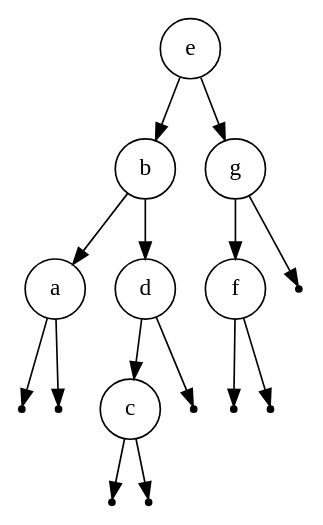
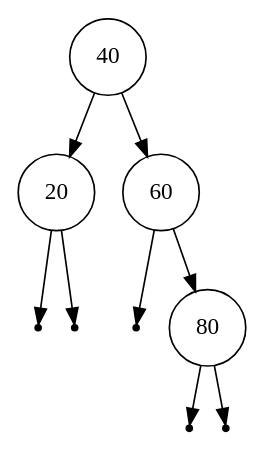
Before and after one commit to SharQawyCS/Optimal-Binary-Search-Tree: the diagram in tree.dot, drawn with Graphviz. The commit also changed 5 other files, not shown here.

```diff
--- a/tree.dot
+++ b/tree.dot
@@ -1,25 +1,16 @@
 digraph OBST {
   node [shape=circle];
-  "e" -> "b";
-  "b" -> "a";
+  "40" -> "20";
   null0 [shape=point];
-  "a" -> null0;
+  "20" -> null0;
   null1 [shape=point];
-  "a" -> null1;
-  "b" -> "d";
-  "d" -> "c";
+  "20" -> null1;
+  "40" -> "60";
   null2 [shape=point];
-  "c" -> null2;
+  "60" -> null2;
+  "60" -> "80";
   null3 [shape=point];
-  "c" -> null3;
+  "80" -> null3;
   null4 [shape=point];
-  "d" -> null4;
-  "e" -> "g";
-  "g" -> "f";
-  null5 [shape=point];
-  "f" -> null5;
-  null6 [shape=point];
-  "f" -> null6;
-  null7 [shape=point];
-  "g" -> null7;
+  "80" -> null4;
 }
```
